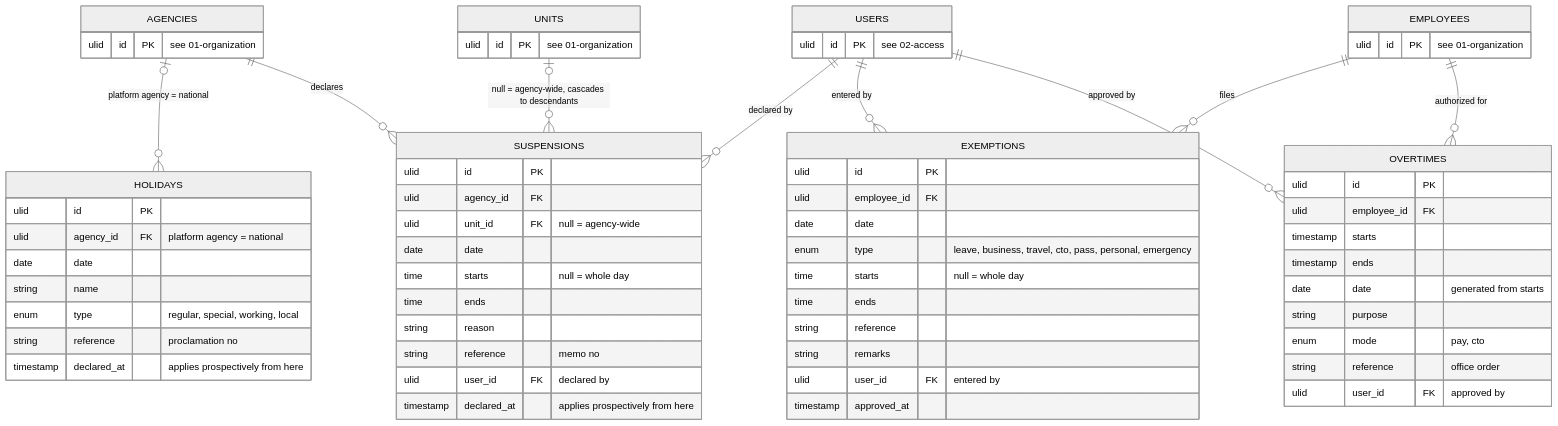
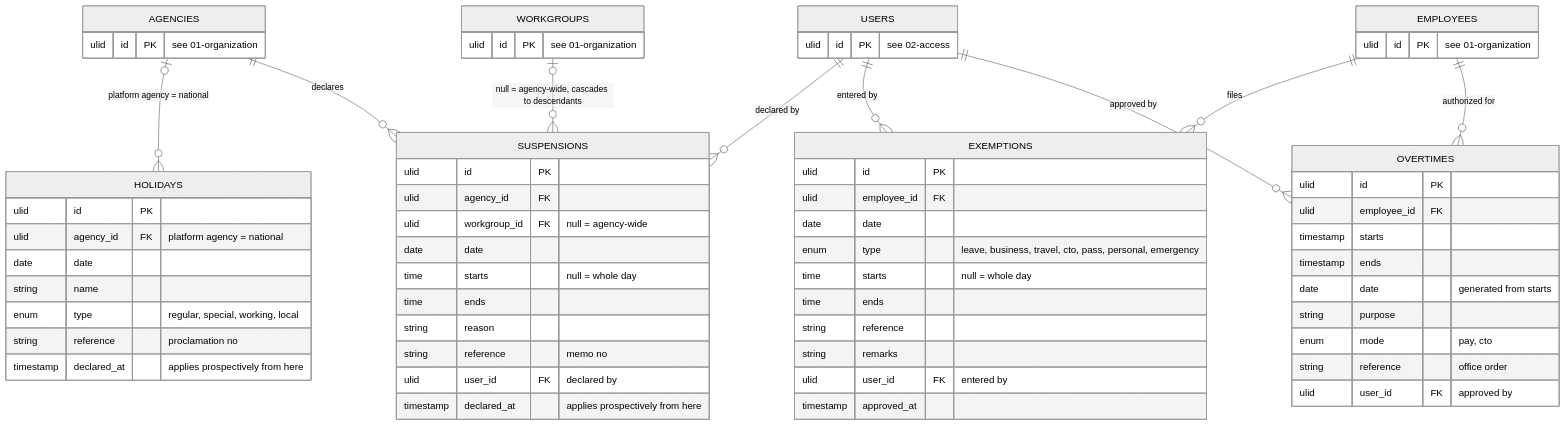
The diagram in docs/design/05-calendar.md (joowdx/khronoz), drawn with Mermaid (neutral theme) before and after one commit. The commit also changed other lines of this file and 79 other files, not shown here.

````diff
--- a/docs/design/05-calendar.md
+++ b/docs/design/05-calendar.md
@@ -5,68 +5,68 @@
 ```mermaid
 erDiagram
     AGENCIES  |o--o{ HOLIDAYS    : "platform agency = national"
     AGENCIES  ||--o{ SUSPENSIONS : "declares"
-    UNITS     |o--o{ SUSPENSIONS : "null = agency-wide, cascades to descendants"
+    WORKGROUPS     |o--o{ SUSPENSIONS : "null = agency-wide, cascades to descendants"
     USERS     ||--o{ SUSPENSIONS : "declared by"
     EMPLOYEES ||--o{ EXEMPTIONS  : "files"
     USERS     ||--o{ EXEMPTIONS  : "entered by"
     EMPLOYEES ||--o{ OVERTIMES   : "authorized for"
     USERS     ||--o{ OVERTIMES   : "approved by"
 
     HOLIDAYS {
         ulid id PK
         ulid agency_id FK "platform agency = national"
         date date
         string name
         enum type "regular, special, working, local"
         string reference "proclamation no"
         timestamp declared_at "applies prospectively from here"
     }
     SUSPENSIONS {
         ulid id PK
         ulid agency_id FK
-        ulid unit_id FK "null = agency-wide"
+        ulid workgroup_id FK "null = agency-wide"
         date date
         time starts "null = whole day"
         time ends
         string reason
         string reference "memo no"
         ulid user_id FK "declared by"
         timestamp declared_at "applies prospectively from here"
     }
     EXEMPTIONS {
         ulid id PK
         ulid employee_id FK
         date date
         enum type "leave, business, travel, cto, pass, personal, emergency"
         time starts "null = whole day"
         time ends
         string reference
         string remarks
         ulid user_id FK "entered by"
         timestamp approved_at
     }
     OVERTIMES {
         ulid id PK
         ulid employee_id FK
         timestamp starts
         timestamp ends
         date date "generated from starts"
         string purpose
         enum mode "pay, cto"
         string reference "office order"
         ulid user_id FK "approved by"
     }
     AGENCIES {
         ulid id PK "see 01-organization"
     }
-    UNITS {
+    WORKGROUPS {
         ulid id PK "see 01-organization"
     }
     EMPLOYEES {
         ulid id PK "see 01-organization"
     }
     USERS {
         ulid id PK "see 02-access"
     }
 ```
````
